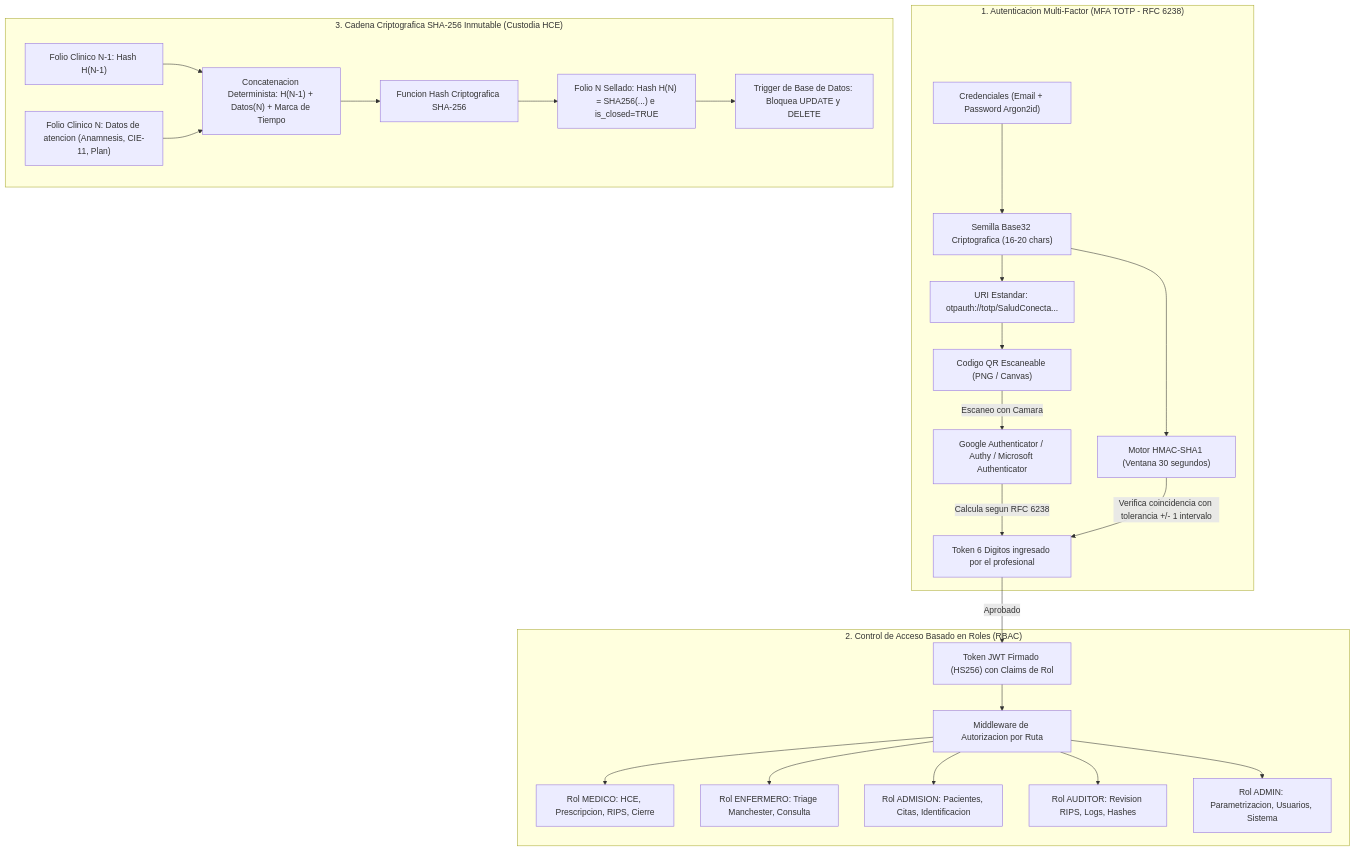
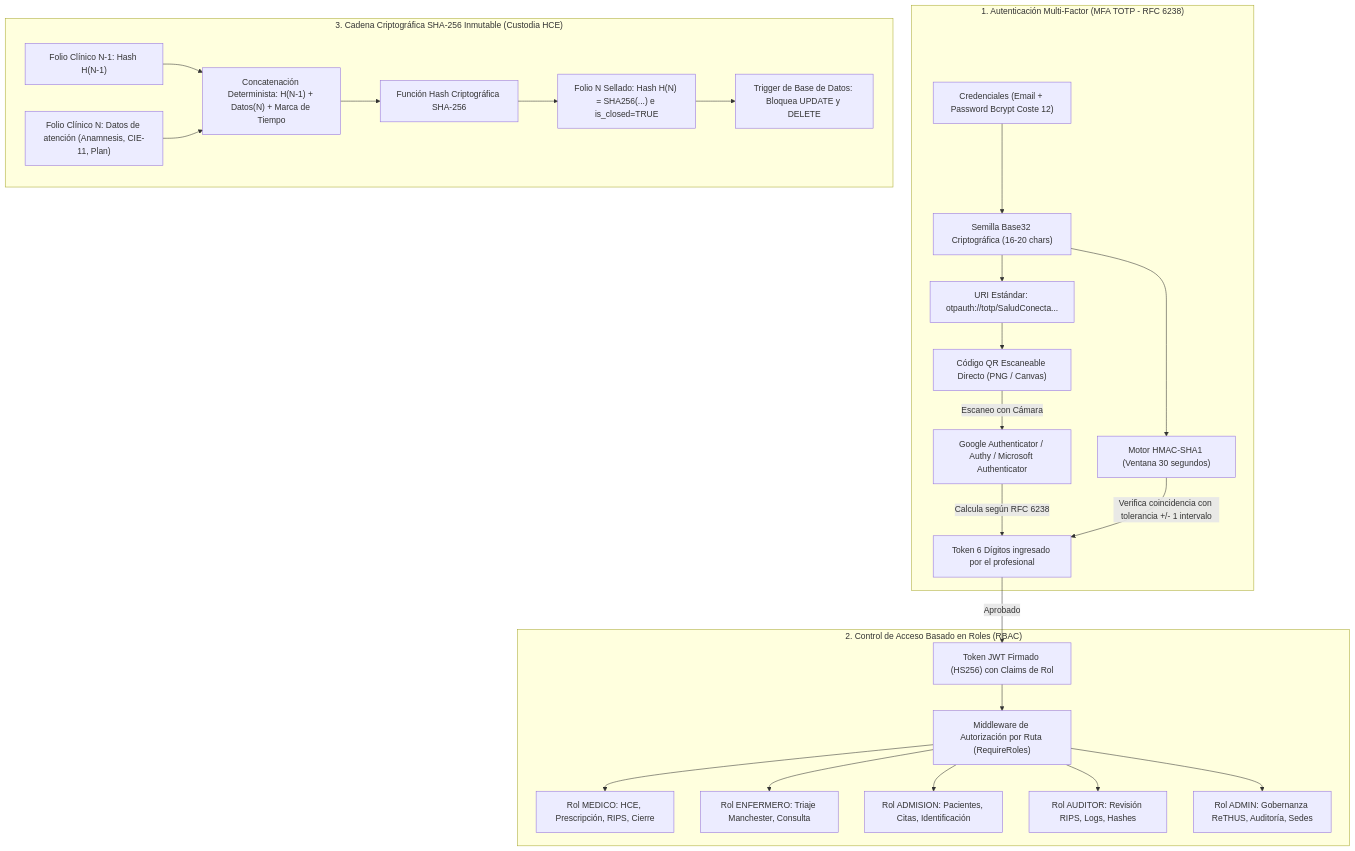
Before and after one commit to ThiagoVelez/Proyecto_felipe: the fourth of 6 diagrams in README.md, drawn with Mermaid. The commit also changed other lines of this file and 21 other files, not shown here.

Commit message:
docs(readme): actualizar readme con diagramas uml compilados png y svg de gobernanza rethus y adminlayout

````diff
--- a/README.md
+++ b/README.md
@@ -460,49 +493,49 @@
 ```mermaid
 flowchart TD
-    subgraph MFAFlow ["1. Autenticacion Multi-Factor (MFA TOTP - RFC 6238)"]
-        Credentials["Credenciales (Email + Password Argon2id)"]
-        Base32Seed["Semilla Base32 Criptografica (16-20 chars)"]
-        QRURI["URI Estandar: otpauth://totp/SaludConecta..."]
-        QRImage["Codigo QR Escaneable (PNG / Canvas)"]
+    subgraph MFAFlow ["1. Autenticación Multi-Factor (MFA TOTP - RFC 6238)"]
+        Credentials["Credenciales (Email + Password Bcrypt Coste 12)"]
+        Base32Seed["Semilla Base32 Criptográfica (16-20 chars)"]
+        QRURI["URI Estándar: otpauth://totp/SaludConecta..."]
+        QRImage["Código QR Escaneable Directo (PNG / Canvas)"]
         PhoneApp["Google Authenticator / Authy / Microsoft Authenticator"]
         HMACEngine["Motor HMAC-SHA1 (Ventana 30 segundos)"]
-        UserOTP["Token 6 Digitos ingresado por el profesional"]
+        UserOTP["Token 6 Dígitos ingresado por el profesional"]
 
         Credentials --> Base32Seed
         Base32Seed --> QRURI
         QRURI --> QRImage
-        QRImage -->|Escaneo con Camara| PhoneApp
-        PhoneApp -->|Calcula segun RFC 6238| UserOTP
+        QRImage -->|Escaneo con Cámara| PhoneApp
+        PhoneApp -->|Calcula según RFC 6238| UserOTP
         Base32Seed --> HMACEngine
         HMACEngine -->|Verifica coincidencia con tolerancia +/- 1 intervalo| UserOTP
     end
 
     subgraph RBACEngine ["2. Control de Acceso Basado en Roles (RBAC)"]
         JWTToken["Token JWT Firmado (HS256) con Claims de Rol"]
-        RoleGuard["Middleware de Autorizacion por Ruta"]
-        RoleMedico["Rol MEDICO: HCE, Prescripcion, RIPS, Cierre"]
-        RoleEnfermero["Rol ENFERMERO: Triage Manchester, Consulta"]
-        RoleAdmision["Rol ADMISION: Pacientes, Citas, Identificacion"]
-        RoleAuditor["Rol AUDITOR: Revision RIPS, Logs, Hashes"]
-        RoleAdmin["Rol ADMIN: Parametrizacion, Usuarios, Sistema"]
+        RoleGuard["Middleware de Autorización por Ruta (RequireRoles)"]
+        RoleMedico["Rol MEDICO: HCE, Prescripción, RIPS, Cierre"]
+        RoleEnfermero["Rol ENFERMERO: Triaje Manchester, Consulta"]
+        RoleAdmision["Rol ADMISION: Pacientes, Citas, Identificación"]
+        RoleAuditor["Rol AUDITOR: Revisión RIPS, Logs, Hashes"]
+        RoleAdmin["Rol ADMIN: Gobernanza ReTHUS, Auditoría, Sedes"]
 
         UserOTP -->|Aprobado| JWTToken
         JWTToken --> RoleGuard
         RoleGuard --> RoleMedico & RoleEnfermero & RoleAdmision & RoleAuditor & RoleAdmin
     end
 
-    subgraph HashChaining ["3. Cadena Criptografica SHA-256 Inmutable (Custodia HCE)"]
-        FolioPrevio["Folio Clinico N-1: Hash H(N-1)"]
-        FolioActual["Folio Clinico N: Datos de atencion (Anamnesis, CIE-11, Plan)"]
-        HashConcat["Concatenacion Determinista: H(N-1) + Datos(N) + Marca de Tiempo"]
-        EngineSHA256["Funcion Hash Criptografica SHA-256"]
+    subgraph HashChaining ["3. Cadena Criptográfica SHA-256 Inmutable (Custodia HCE)"]
+        FolioPrevio["Folio Clínico N-1: Hash H(N-1)"]
+        FolioActual["Folio Clínico N: Datos de atención (Anamnesis, CIE-11, Plan)"]
+        HashConcat["Concatenación Determinista: H(N-1) + Datos(N) + Marca de Tiempo"]
+        EngineSHA256["Función Hash Criptográfica SHA-256"]
         FolioFirmado["Folio N Sellado: Hash H(N) = SHA256(...) e is_closed=TRUE"]
         SQLTrigger["Trigger de Base de Datos: Bloquea UPDATE y DELETE"]
 
         FolioPrevio --> HashConcat
         FolioActual --> HashConcat
         HashConcat --> EngineSHA256
         EngineSHA256 --> FolioFirmado
         FolioFirmado --> SQLTrigger
     end
 ```
````
